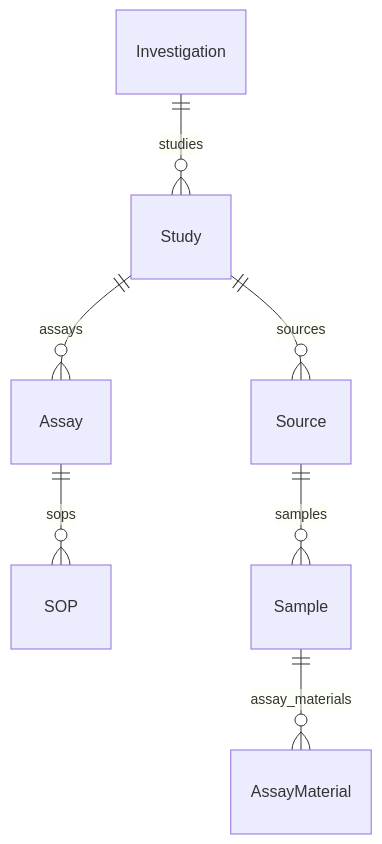
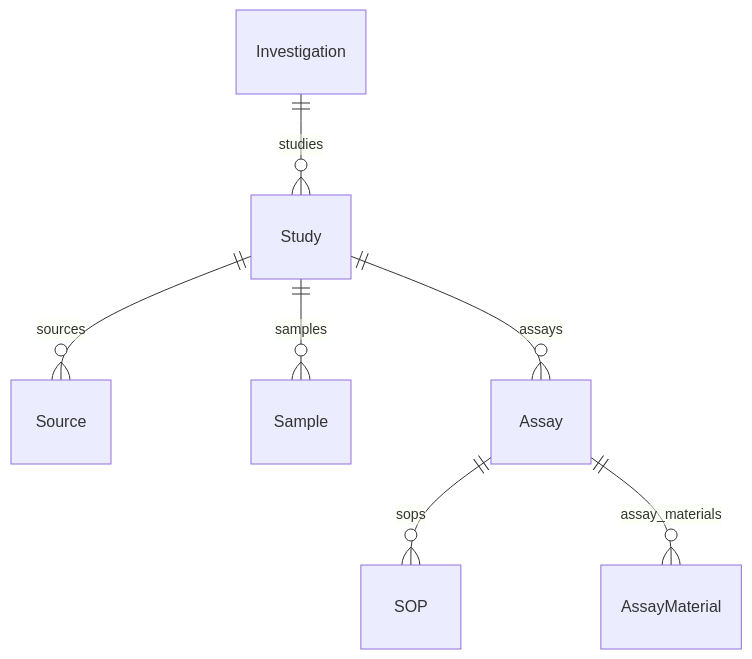
One commit to sorenwacker/metaseed changed the diagram in docs/profiles/seek-ready-template.md. Above: the diagram before and after it, drawn with Mermaid. The commit also changed other lines of this file and 7 other files, not shown here.

````diff
--- a/docs/profiles/seek-ready-template.md
+++ b/docs/profiles/seek-ready-template.md
@@ -9,9 +9,9 @@
 ```mermaid
 erDiagram
     Investigation ||--o{ Study : studies
     Study ||--o{ Source : sources
+    Study ||--o{ Sample : samples
     Study ||--o{ Assay : assays
     Assay ||--o{ SOP : sops
-    Source ||--o{ Sample : samples
-    Sample ||--o{ AssayMaterial : assay_materials
+    Assay ||--o{ AssayMaterial : assay_materials
 ```
````
